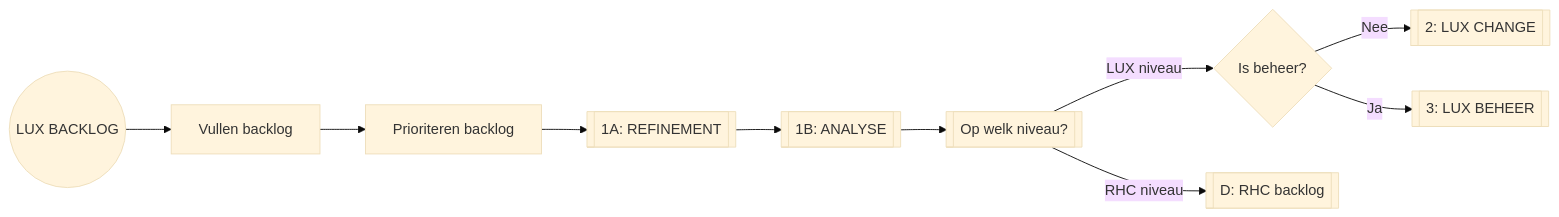
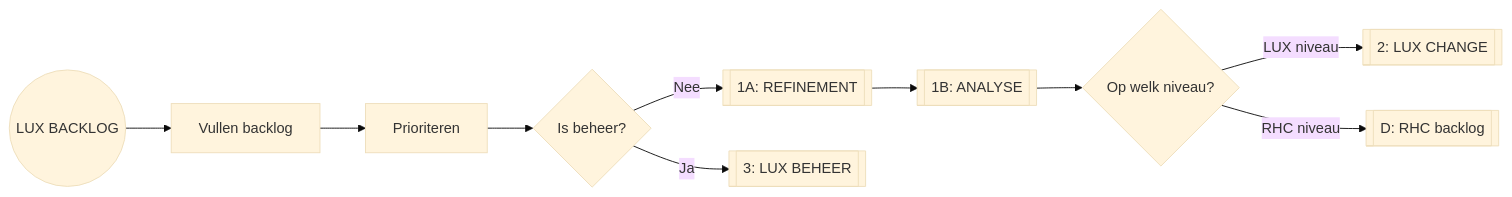
The second of 8 diagrams in PROCESSES.md (nl-design-system/lux), drawn with Mermaid (base theme) before and after one commit. The commit also changed other lines of this file, not shown here.

Commit message:
End of day - tweaks to the flows

````diff
--- a/PROCESSES.md
+++ b/PROCESSES.md
@@ -46,24 +42,24 @@
 ```mermaid
 flowchart LR
 
 A@{shape: circle, label: "LUX BACKLOG"}
 B[Vullen backlog]
-C[Prioriteren backlog]
-D@{shape: fr-rect, label: "1A: REFINEMENT"}
-E@{shape: fr-rect, label: "1B: ANALYSE"}
-F@{shape: fr-rect, label: "Op welk niveau?"}
-G@{shape: diam, label: "Is beheer?"}
+C[Prioriteren]
+D@{shape: diam, label: "Is beheer?"}
+E@{shape: fr-rect, label: "1A: REFINEMENT"}
+F@{shape: fr-rect, label: "1B: ANALYSE"}
+G@{shape: diam, label: "Op welk niveau?"}
 H@{shape: fr-rect, label: "2: LUX CHANGE"}
 I@{shape: fr-rect, label: "3: LUX BEHEER"}
 J@{shape: fr-rect, label: "D: RHC backlog"}
 
 A-->B
 B-->C
 C-->D
-D-->E
+D-->|Nee|E
+D-->|Ja|I
 E-->F
-F-->|LUX niveau|G
-G-->|Nee|H
-G-->|Ja|I
-F-->|RHC niveau|J
+F-->G
+G-->|LUX niveau|H
+G-->|RHC niveau|J
 ```
````
